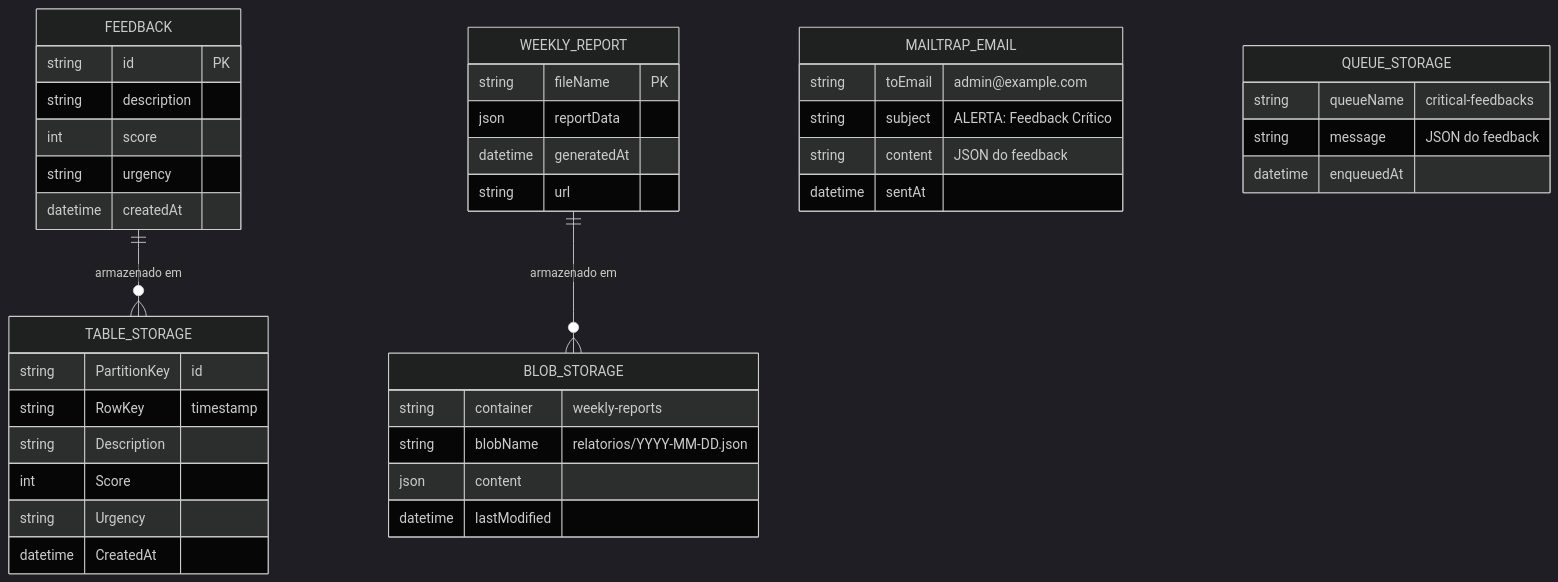
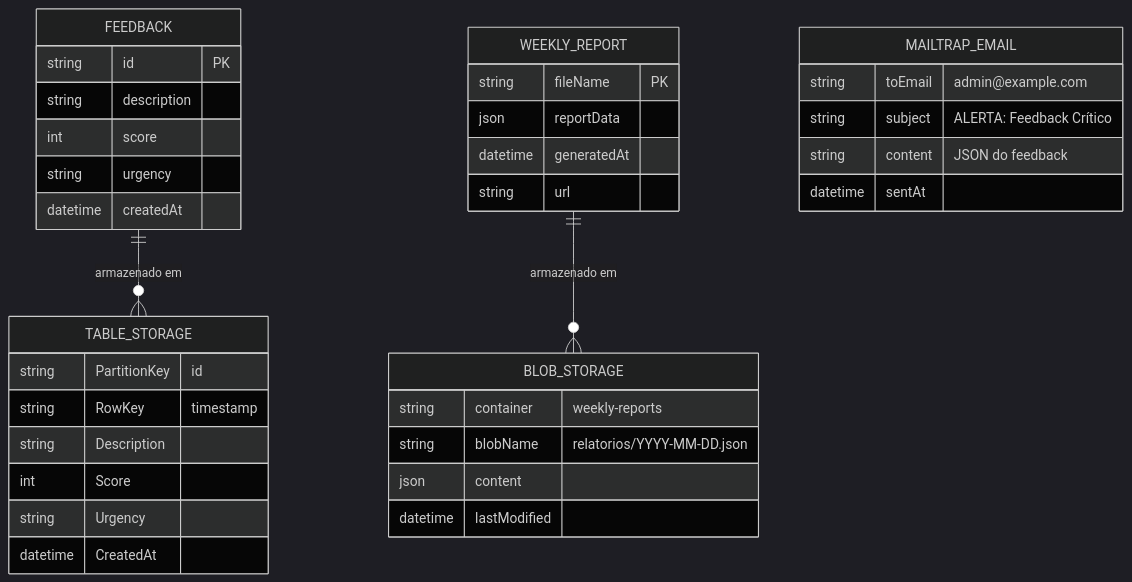
Before and after one commit to luizffdemoraes/feedback-sync: the seventh of 8 diagrams in README.md, drawn with Mermaid (dark theme). The commit also changed other lines of this file and 32 other files, not shown here.

````diff
--- a/README.md
+++ b/README.md
@@ -586,49 +551,44 @@
 ```mermaid
 erDiagram
     FEEDBACK ||--o{ TABLE_STORAGE : "armazenado em"
     WEEKLY_REPORT ||--o{ BLOB_STORAGE : "armazenado em"
     
     FEEDBACK {
         string id PK
         string description
         int score
         string urgency
         datetime createdAt
     }
     
     TABLE_STORAGE {
         string PartitionKey "id"
         string RowKey "timestamp"
         string Description
         int Score
         string Urgency
         datetime CreatedAt
     }
     
     WEEKLY_REPORT {
         string fileName PK
         json reportData
         datetime generatedAt
         string url
     }
     
     BLOB_STORAGE {
         string container "weekly-reports"
         string blobName "relatorios/YYYY-MM-DD.json"
         json content
         datetime lastModified
     }
     
     MAILTRAP_EMAIL {
         string toEmail "admin@example.com"
         string subject "ALERTA: Feedback Crítico"
         string content "JSON do feedback"
         datetime sentAt
     }
     
-    QUEUE_STORAGE {
-        string queueName "critical-feedbacks"
-        string message "JSON do feedback"
-        datetime enqueuedAt
-    }
 ```
````
